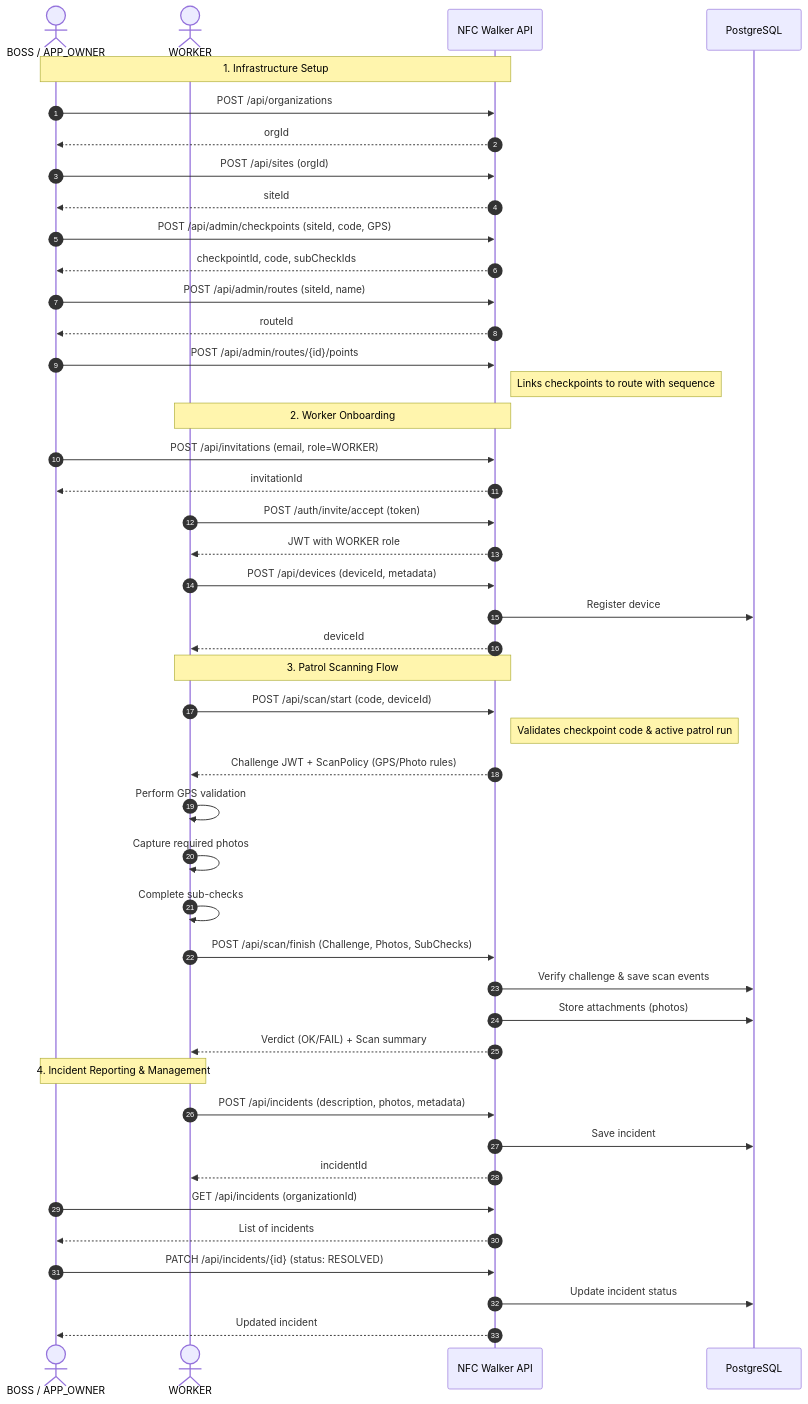
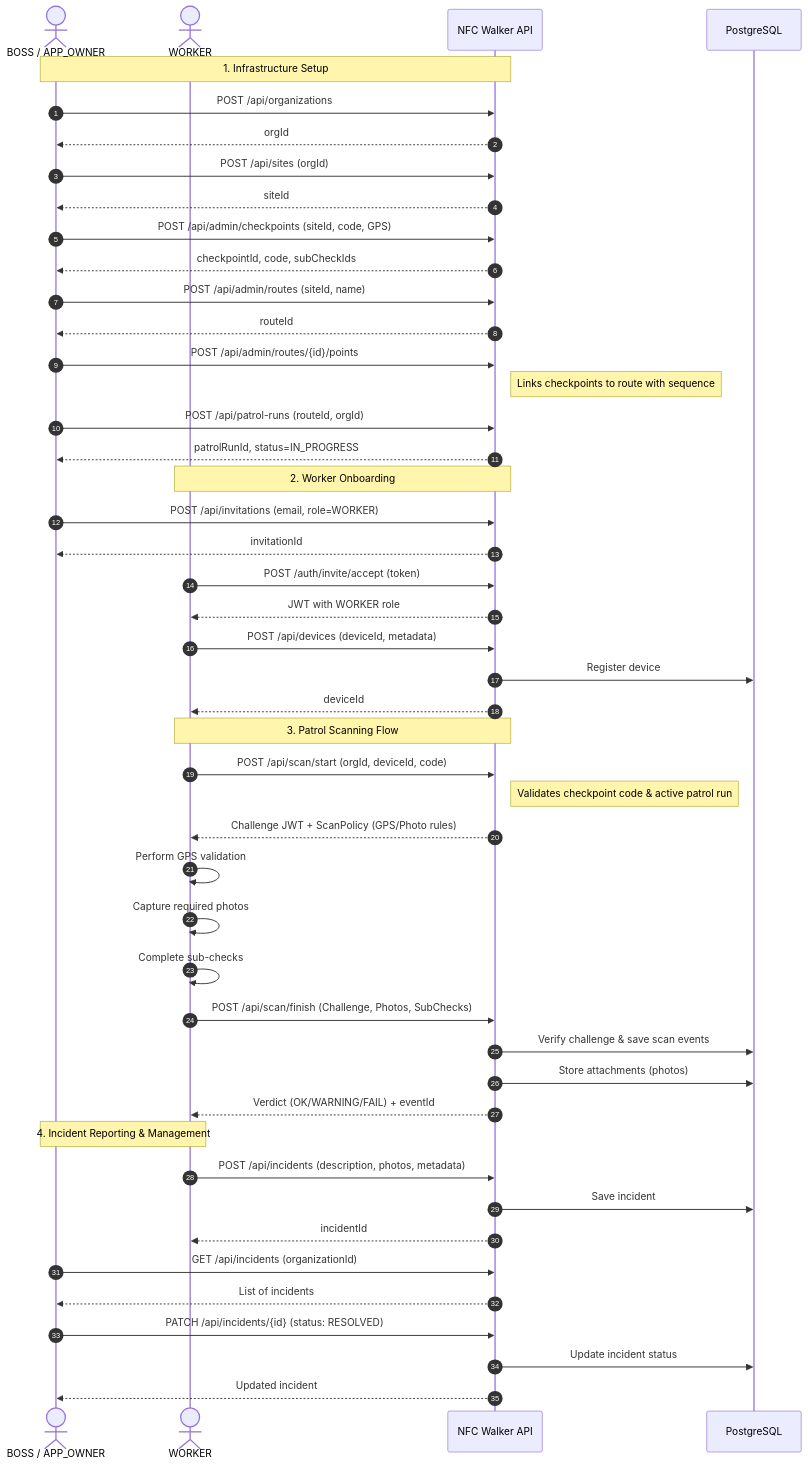
Before and after one commit to tiger8BIT/nfcwalker: the diagram in docs/diagrams/USER_FLOWS.md, drawn with Mermaid. The commit also changed other lines of this file and 16 other files, not shown here.

````diff
--- a/docs/diagrams/USER_FLOWS.md
+++ b/docs/diagrams/USER_FLOWS.md
@@ -6,51 +6,53 @@
 ```mermaid
 sequenceDiagram
     autonumber
     actor Admin as BOSS / APP_OWNER
     actor Worker as WORKER
     participant API as NFC Walker API
     participant DB as PostgreSQL
 
     Note over Admin, API: 1. Infrastructure Setup
     Admin->>API: POST /api/organizations
     API-->>Admin: orgId
     Admin->>API: POST /api/sites (orgId)
     API-->>Admin: siteId
     Admin->>API: POST /api/admin/checkpoints (siteId, code, GPS)
     API-->>Admin: checkpointId, code, subCheckIds
     Admin->>API: POST /api/admin/routes (siteId, name)
     API-->>Admin: routeId
     Admin->>API: POST /api/admin/routes/{id}/points
     Note right of API: Links checkpoints to route with sequence
+    Admin->>API: POST /api/patrol-runs (routeId, orgId)
+    API-->>Admin: patrolRunId, status=IN_PROGRESS
 
     Note over Worker, API: 2. Worker Onboarding
     Admin->>API: POST /api/invitations (email, role=WORKER)
     API-->>Admin: invitationId
     Worker->>API: POST /auth/invite/accept (token)
     API-->>Worker: JWT with WORKER role
     Worker->>API: POST /api/devices (deviceId, metadata)
     API->>DB: Register device
     API-->>Worker: deviceId
 
     Note over Worker, API: 3. Patrol Scanning Flow
-    Worker->>API: POST /api/scan/start (code, deviceId)
+    Worker->>API: POST /api/scan/start (orgId, deviceId, code)
     Note right of API: Validates checkpoint code & active patrol run
     API-->>Worker: Challenge JWT + ScanPolicy (GPS/Photo rules)
     Worker->>Worker: Perform GPS validation
     Worker->>Worker: Capture required photos
     Worker->>Worker: Complete sub-checks
     Worker->>API: POST /api/scan/finish (Challenge, Photos, SubChecks)
     API->>DB: Verify challenge & save scan events
     API->>DB: Store attachments (photos)
-    API-->>Worker: Verdict (OK/FAIL) + Scan summary
+    API-->>Worker: Verdict (OK/WARNING/FAIL) + eventId
 
     Note over Worker, Admin: 4. Incident Reporting & Management
     Worker->>API: POST /api/incidents (description, photos, metadata)
     API->>DB: Save incident
     API-->>Worker: incidentId
     Admin->>API: GET /api/incidents (organizationId)
     API-->>Admin: List of incidents
     Admin->>API: PATCH /api/incidents/{id} (status: RESOLVED)
     API->>DB: Update incident status
     API-->>Admin: Updated incident
 ```
````
